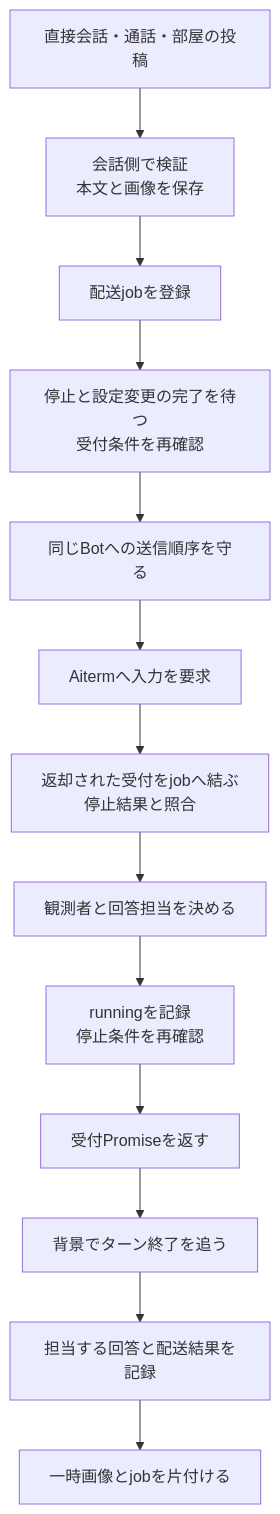
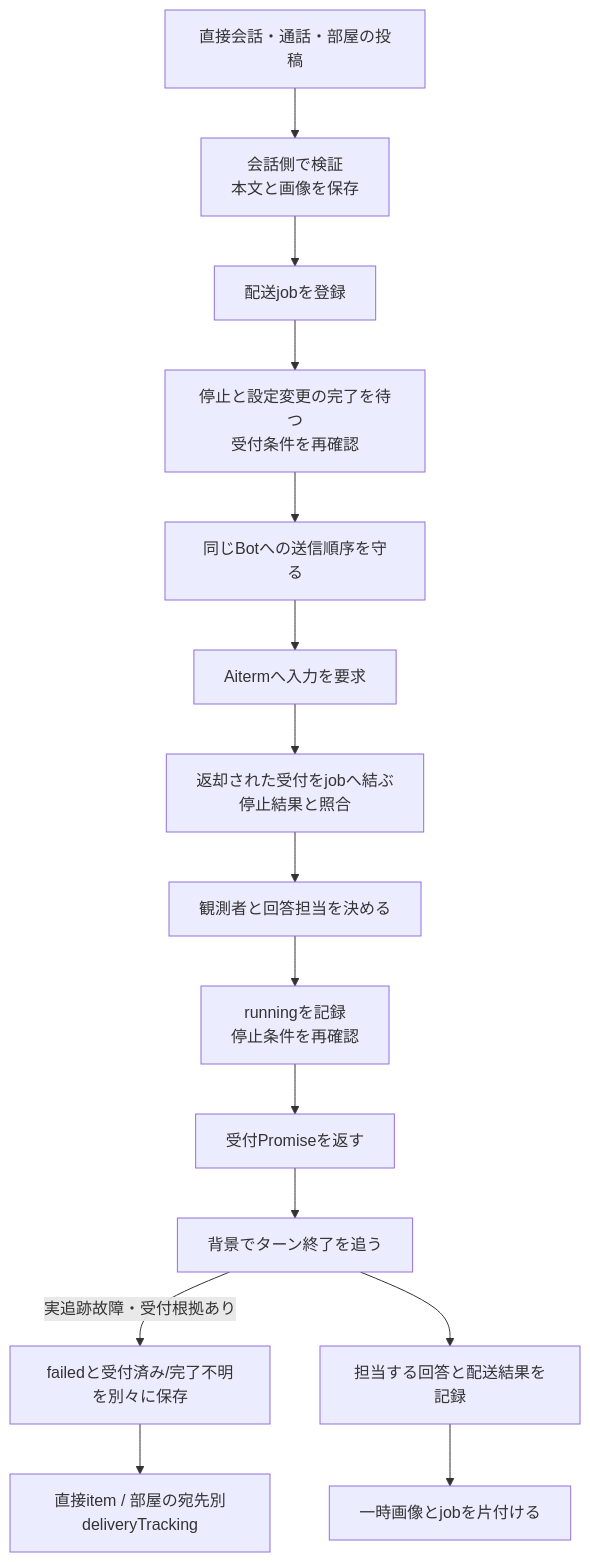
The first of 2 diagrams in docs/architecture/modules/conversation/delivery.md (kitepon/BellTeam), drawn with Mermaid before and after one commit. The commit also changed other lines of this file and 10 other files, not shown here.

````diff
--- a/docs/architecture/modules/conversation/delivery.md
+++ b/docs/architecture/modules/conversation/delivery.md
@@ -7,15 +7,17 @@
 ```mermaid
 flowchart TD
   Entry["直接会話・通話・部屋の投稿"] --> Prepare["会話側で検証<br/>本文と画像を保存"]
   Prepare --> Job["配送jobを登録"]
   Job --> Gate["停止と設定変更の完了を待つ<br/>受付条件を再確認"]
   Gate --> Order["同じBotへの送信順序を守る"]
   Order --> Native["Aitermへ入力を要求"]
   Native --> Receipt["返却された受付をjobへ結ぶ<br/>停止結果と照合"]
   Receipt --> Owner["観測者と回答担当を決める"]
   Owner --> Status["runningを記録<br/>停止条件を再確認"]
   Status --> Accepted["受付Promiseを返す"]
   Accepted --> Wait["背景でターン終了を追う"]
+  Wait -->|"実追跡故障・受付根拠あり"| Tracking["failedと受付済み/完了不明を別々に保存"]
+  Tracking --> Projection["直接item / 部屋の宛先別deliveryTracking"]
   Wait --> Result["担当する回答と配送結果を記録"]
   Result --> Cleanup["一時画像とjobを片付ける"]
 ```
````
